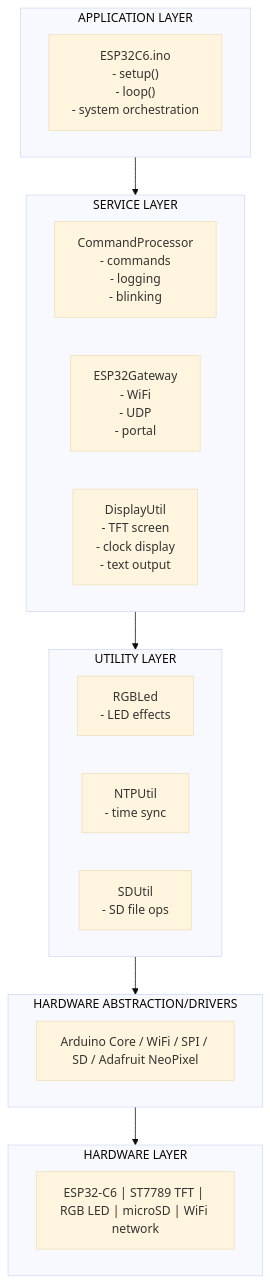
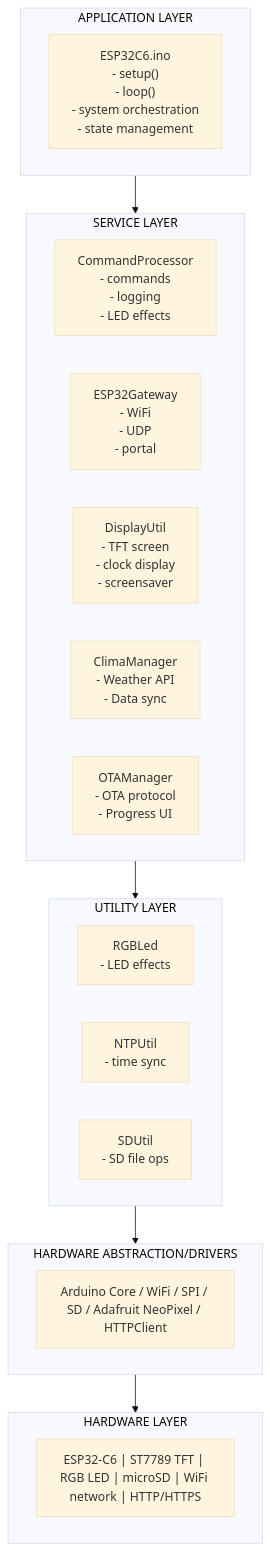
The second of 12 diagrams in README.md (paulocfmarques-collab/esp32C6), drawn with Mermaid (base theme) before and after one commit. The commit also changed other lines of this file, not shown here.

Commit message:
docs: complete README upgrade with ClimaManager and OTAManager documentation

````diff
--- a/README.md
+++ b/README.md
@@ -79,31 +90,33 @@
 ```mermaid
 graph TB
     subgraph APP["APPLICATION LAYER"]
-        Main["ESP32C6.ino<br/>- setup()<br/>- loop()<br/>- system orchestration"]
+        Main["ESP32C6.ino<br/>- setup()<br/>- loop()<br/>- system orchestration<br/>- state management"]
     end
     
     subgraph SERVICE["SERVICE LAYER"]
-        CP["CommandProcessor<br/>- commands<br/>- logging<br/>- blinking"]
+        CP["CommandProcessor<br/>- commands<br/>- logging<br/>- LED effects"]
         GW["ESP32Gateway<br/>- WiFi<br/>- UDP<br/>- portal"]
-        DU["DisplayUtil<br/>- TFT screen<br/>- clock display<br/>- text output"]
+        DU["DisplayUtil<br/>- TFT screen<br/>- clock display<br/>- screensaver"]
+        WM["ClimaManager<br/>- Weather API<br/>- Data sync"]
+        OTA_S["OTAManager<br/>- OTA protocol<br/>- Progress UI"]
     end
     
     subgraph UTIL["UTILITY LAYER"]
         LED["RGBLed<br/>- LED effects"]
         NTP["NTPUtil<br/>- time sync"]
         SD["SDUtil<br/>- SD file ops"]
     end
     
     subgraph HAL["HARDWARE ABSTRACTION/DRIVERS"]
-        HW["Arduino Core / WiFi / SPI / SD / Adafruit NeoPixel"]
+        HW["Arduino Core / WiFi / SPI / SD / Adafruit NeoPixel / HTTPClient"]
     end
     
     subgraph HARDWARE["HARDWARE LAYER"]
-        DEV["ESP32-C6 | ST7789 TFT | RGB LED | microSD | WiFi network"]
+        DEV["ESP32-C6 | ST7789 TFT | RGB LED | microSD | WiFi network | HTTP/HTTPS"]
     end
     
     APP --> SERVICE
     SERVICE --> UTIL
     UTIL --> HAL
     HAL --> HARDWARE
 ```
````
